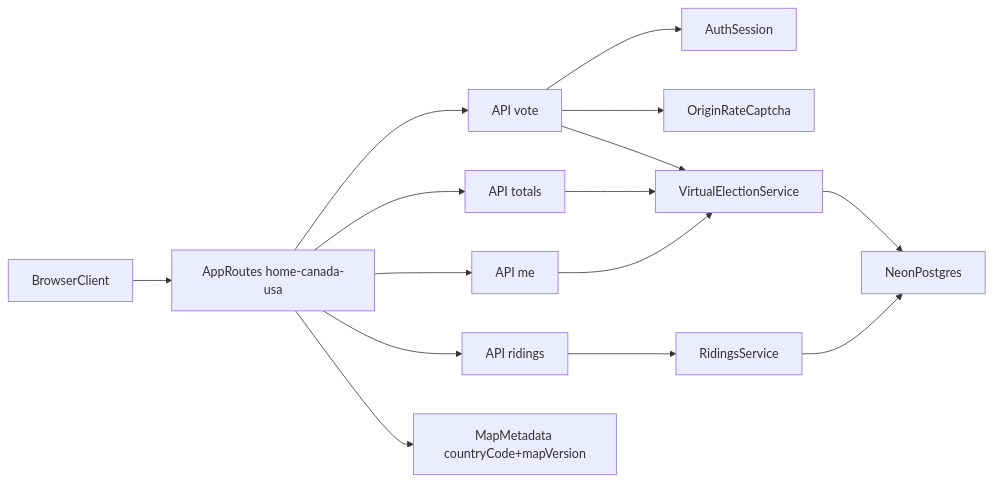
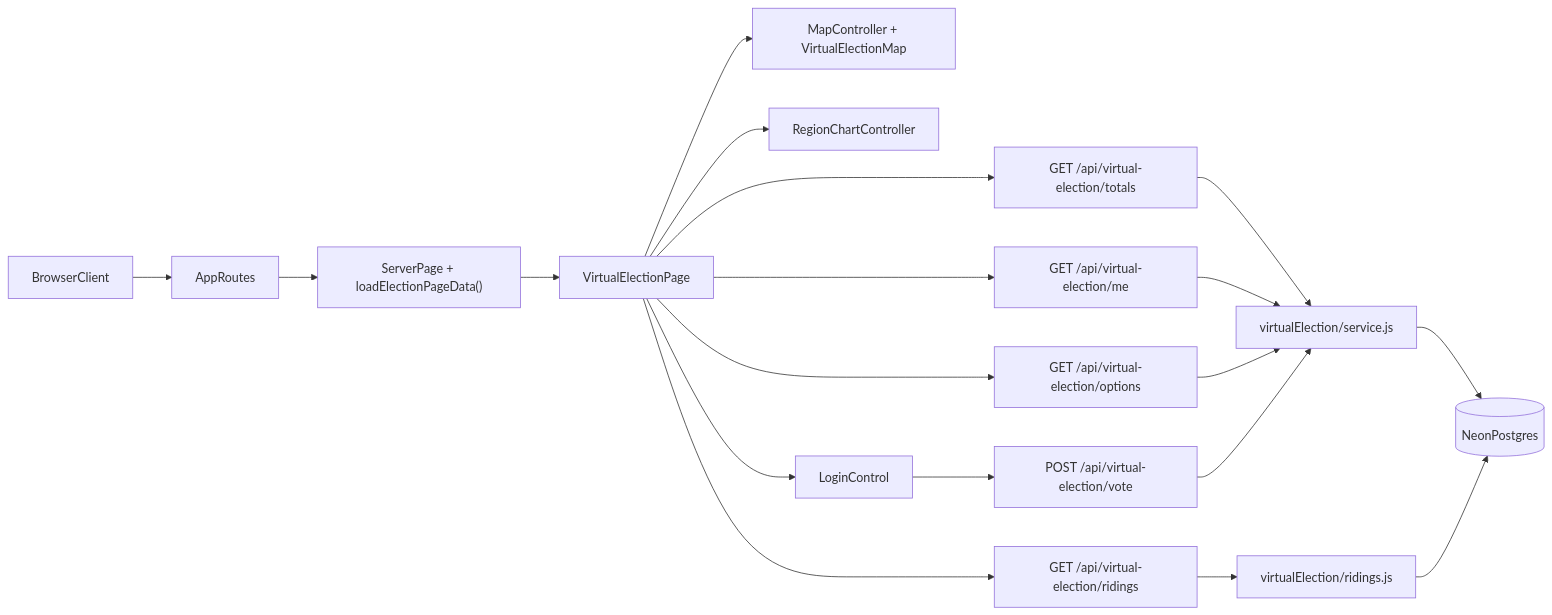
One commit to CaulesGe/VirtualElection changed the first of 4 diagrams in README.md. Above: the diagram before and after it, drawn with Mermaid. The commit also changed other lines of this file and 1 other file, not shown here.

````diff
--- a/README.md
+++ b/README.md
@@ -128,17 +130,21 @@
 ```mermaid
 flowchart LR
-  browserClient[BrowserClient] --> pageRoute[AppRoutes home-canada-usa]
-  pageRoute --> apiVote[API vote]
-  pageRoute --> apiTotals[API totals]
-  pageRoute --> apiMe[API me]
-  pageRoute --> apiRidings[API ridings]
-  pageRoute --> mapMeta[MapMetadata countryCode+mapVersion]
-  apiVote --> authCheck[AuthSession]
-  apiVote --> abuseGuard[OriginRateCaptcha]
-  apiVote --> voteService[VirtualElectionService]
-  apiTotals --> voteService
-  apiMe --> voteService
-  apiRidings --> ridingsService[RidingsService]
-  voteService --> postgresDb[NeonPostgres]
-  ridingsService --> postgresDb
+  browser[BrowserClient] --> appRoutes[AppRoutes]
+  appRoutes --> pageBootstrap["ServerPage + loadElectionPageData()"]
+  pageBootstrap --> virtualPage[VirtualElectionPage]
+  virtualPage --> mapUi[MapController + VirtualElectionMap]
+  virtualPage --> regionUi[RegionChartController]
+  virtualPage --> loginUi[LoginControl]
+  virtualPage --> totalsApi["GET /api/virtual-election/totals"]
+  virtualPage --> meApi["GET /api/virtual-election/me"]
+  virtualPage --> ridingsApi["GET /api/virtual-election/ridings"]
+  virtualPage --> optionsApi["GET /api/virtual-election/options"]
+  loginUi --> voteApi["POST /api/virtual-election/vote"]
+  totalsApi --> service[virtualElection/service.js]
+  meApi --> service
+  optionsApi --> service
+  voteApi --> service
+  ridingsApi --> ridingsService[virtualElection/ridings.js]
+  service --> postgres[(NeonPostgres)]
+  ridingsService --> postgres
 ```
````
